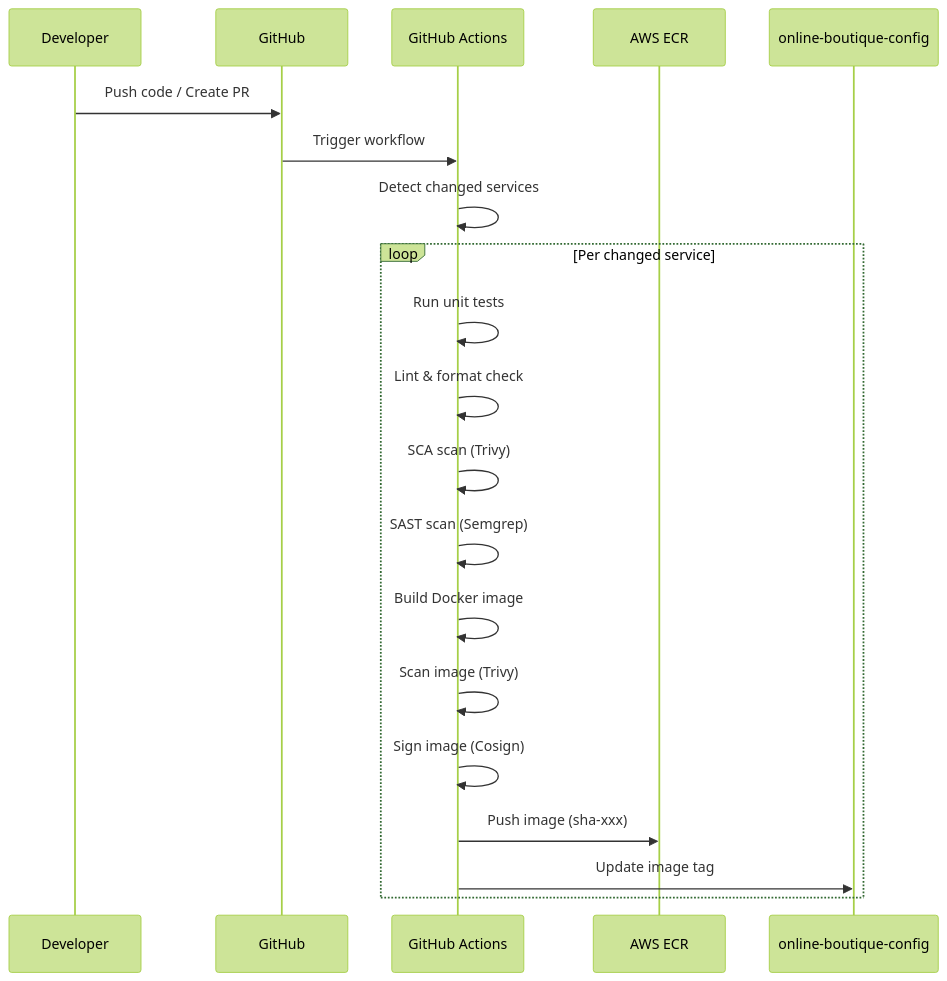
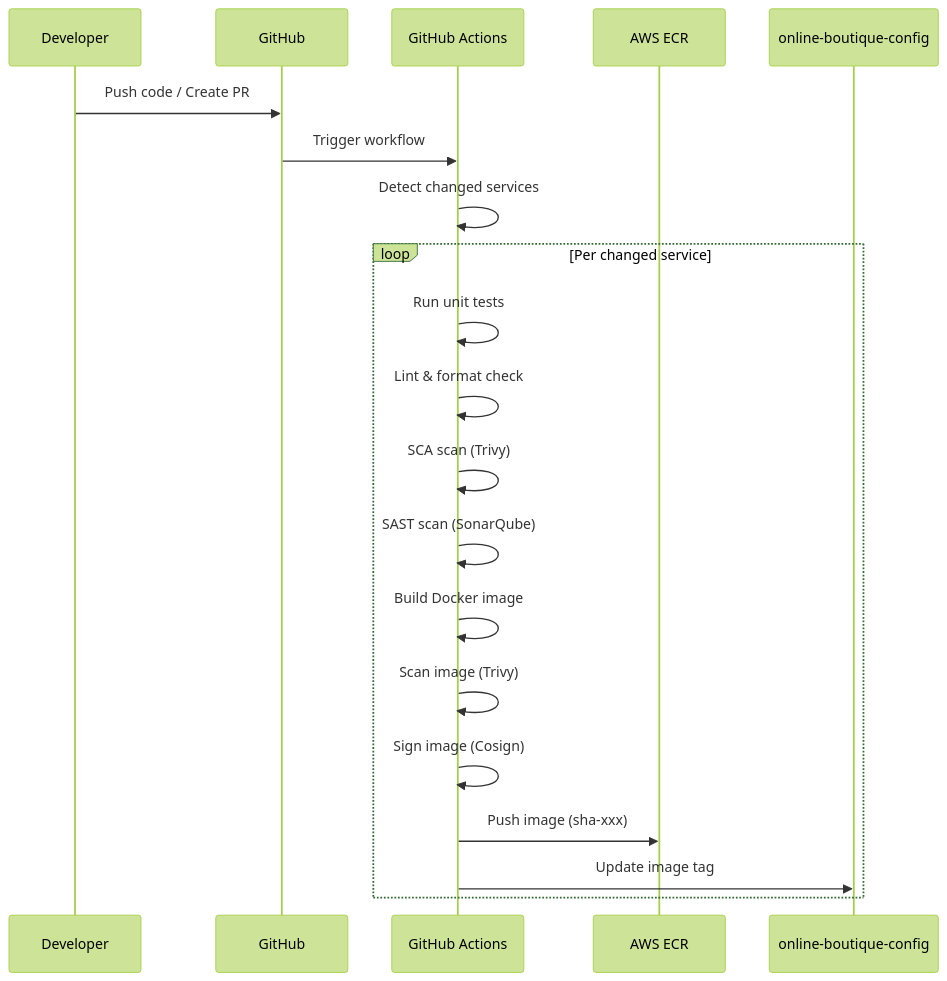
One commit to online-boutique-application-demo/online-boutique-app changed the fifth of 10 diagrams in devops/architecture.md. Above: the diagram before and after it, drawn with Mermaid (forest theme). The commit also changed other lines of this file and 2 other files, not shown here.

Commit message:
docs(devops): change SAST tooling from Semgrep/CodeQL to SonarQube

````diff
--- a/devops/architecture.md
+++ b/devops/architecture.md
@@ -238,24 +238,24 @@
 ```mermaid
 sequenceDiagram
     participant Dev as Developer
     participant GH as GitHub
     participant CI as GitHub Actions
     participant ECR as AWS ECR
     participant CFG as online-boutique-config
 
     Dev->>GH: Push code / Create PR
     GH->>CI: Trigger workflow
     CI->>CI: Detect changed services
     
     loop Per changed service
         CI->>CI: Run unit tests
         CI->>CI: Lint & format check
         CI->>CI: SCA scan (Trivy)
-        CI->>CI: SAST scan (Semgrep)
+        CI->>CI: SAST scan (SonarQube)
         CI->>CI: Build Docker image
         CI->>CI: Scan image (Trivy)
         CI->>CI: Sign image (Cosign)
         CI->>ECR: Push image (sha-xxx)
         CI->>CFG: Update image tag
     end
 ```
````
